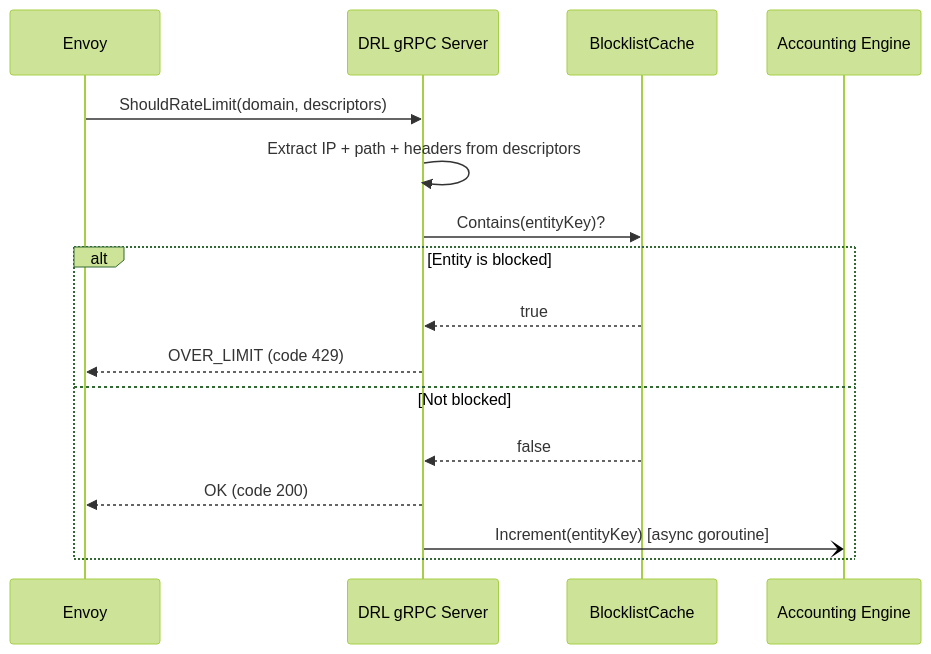
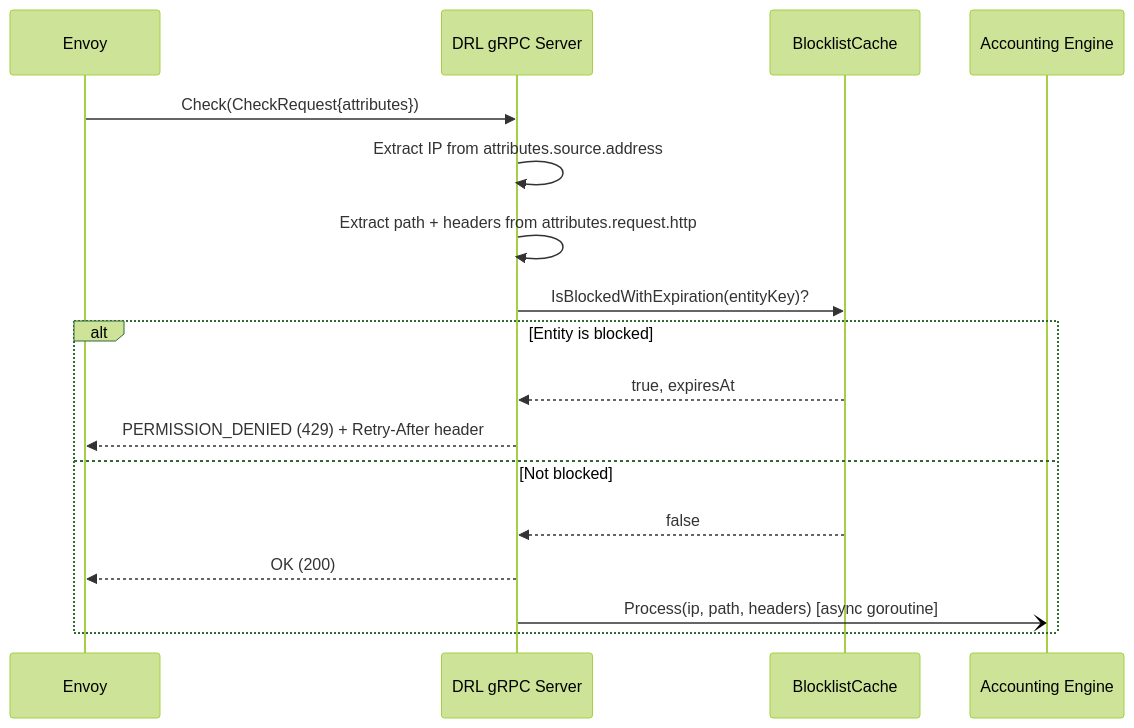
One commit to gchiesa/drl changed the diagram in docs/content/docs/api.md. Above: the diagram before and after it, drawn with Mermaid (forest theme). The commit also changed other lines of this file, not shown here.

```diff
--- a/docs/content/docs/api.md
+++ b/docs/content/docs/api.md
@@ -35,19 +25,20 @@
 {{< mermaid >}}
 sequenceDiagram
     participant E as Envoy
     participant D as DRL gRPC Server
     participant B as BlocklistCache
     participant A as Accounting Engine
 
-    E->>D: ShouldRateLimit(domain, descriptors)
-    D->>D: Extract IP + path + headers from descriptors
-    D->>B: Contains(entityKey)?
+    E->>D: Check(CheckRequest{attributes})
+    D->>D: Extract IP from attributes.source.address
+    D->>D: Extract path + headers from attributes.request.http
+    D->>B: IsBlockedWithExpiration(entityKey)?
     alt Entity is blocked
-        B-->>D: true
-        D-->>E: OVER_LIMIT (code 429)
+        B-->>D: true, expiresAt
+        D-->>E: PERMISSION_DENIED (429) + Retry-After header
     else Not blocked
         B-->>D: false
-        D-->>E: OK (code 200)
-        D-)A: Increment(entityKey) [async goroutine]
+        D-->>E: OK (200)
+        D-)A: Process(ip, path, headers) [async goroutine]
     end
 {{< /mermaid >}}
```
